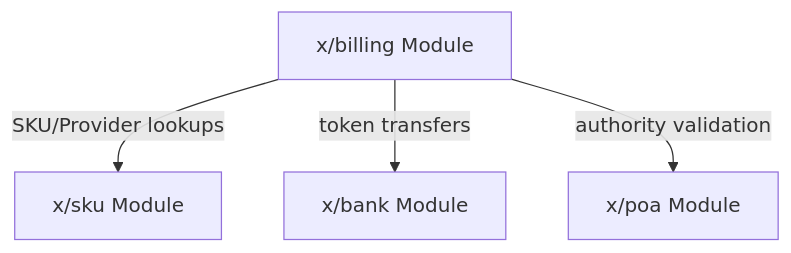
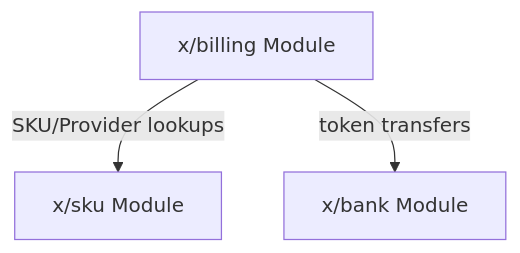
The first of 13 diagrams in x/billing/docs/ARCHITECTURE.md (manifest-network/manifest-ledger), drawn with Mermaid before and after one commit. The commit also changed other lines of this file and 55 other files, not shown here.

````diff
--- a/x/billing/docs/ARCHITECTURE.md
+++ b/x/billing/docs/ARCHITECTURE.md
@@ -17,11 +17,9 @@
 ```mermaid
 graph TD
     Billing[x/billing Module]
     SKU[x/sku Module]
     Bank[x/bank Module]
-    POA[x/poa Module]
     
     Billing -->|SKU/Provider lookups| SKU
     Billing -->|token transfers| Bank
-    Billing -->|authority validation| POA
 ```
````
